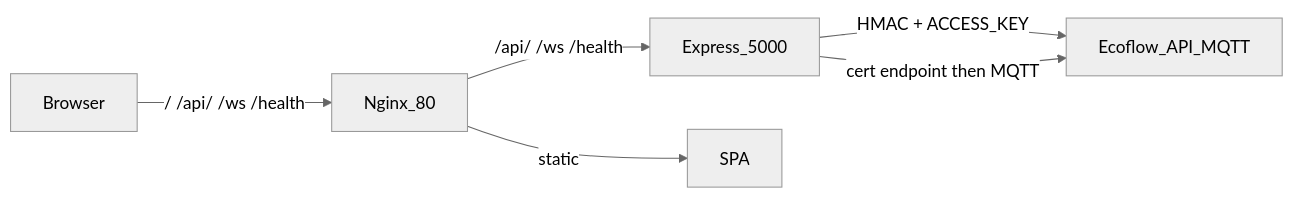
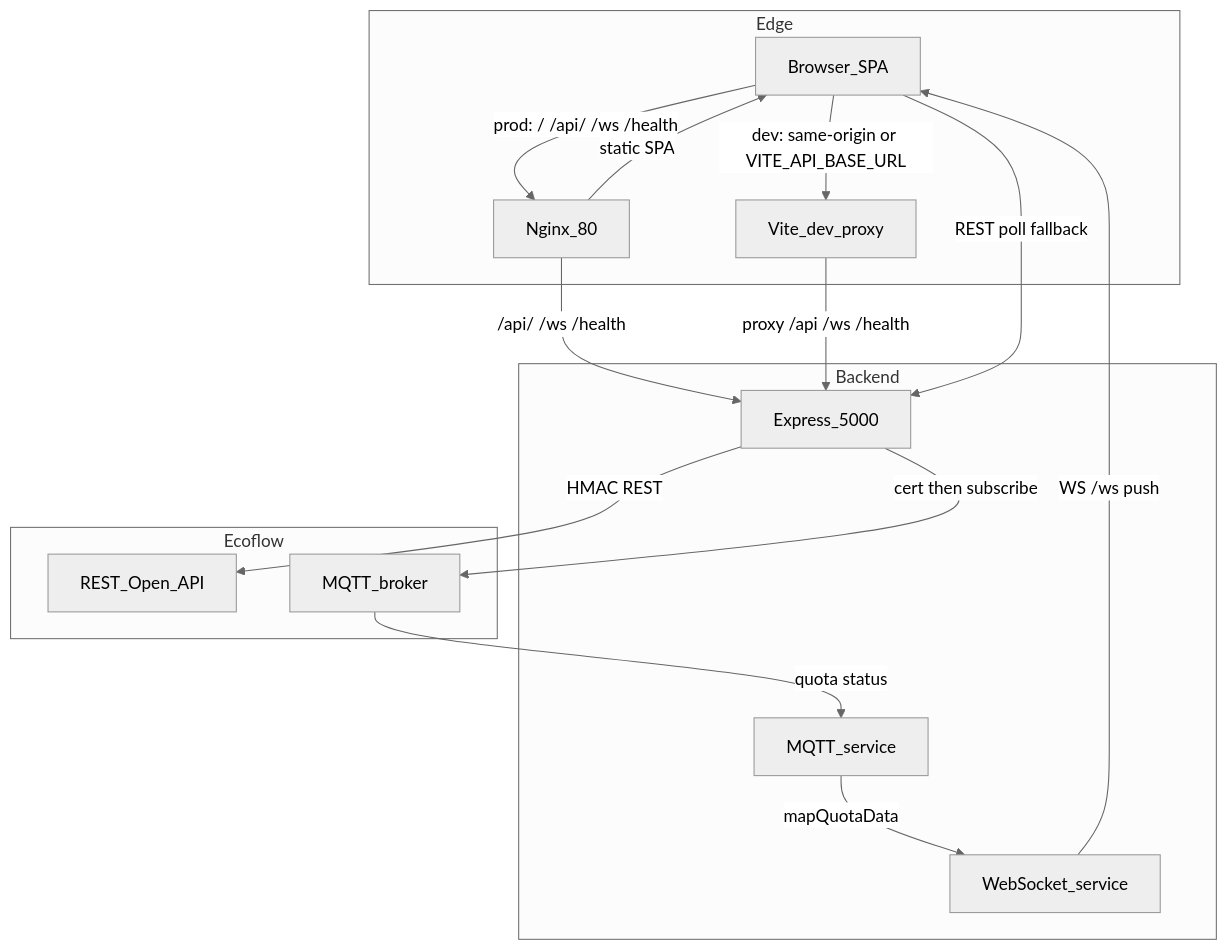
Before and after one commit to OSapozhnikov/ecoflow-dashboard: the first of 2 diagrams in ARCHITECTURE.md, drawn with Mermaid (neutral theme). The commit also changed other lines of this file and 9 other files, not shown here.

First line of the commit message:
Update architecture documentation and enhance project setup for Ecoflow Delta 3 Monitor.

````diff
--- a/ARCHITECTURE.md
+++ b/ARCHITECTURE.md
@@ -19,12 +22,32 @@
 ```mermaid
-flowchart LR
-  browser[Browser]
-  nginx[Nginx_80]
-  api[Express_5000]
-  eco[Ecoflow_API_MQTT]
-  browser -->|"/ /api/ /ws /health"| nginx
-  nginx -->|static| spa[SPA]
-  nginx -->|"/api/ /ws /health"| api
-  api -->|HMAC + ACCESS_KEY| eco
-  api -->|cert endpoint then MQTT| eco
+flowchart TD
+  subgraph edge [Edge]
+    browser[Browser_SPA]
+    nginx[Nginx_80]
+    vite[Vite_dev_proxy]
+  end
+
+  subgraph backend [Backend]
+    express[Express_5000]
+    mqttSvc[MQTT_service]
+    wsSvc[WebSocket_service]
+  end
+
+  subgraph ecoflow [Ecoflow]
+    restApi[REST_Open_API]
+    mqttBroker[MQTT_broker]
+  end
+
+  browser -->|"prod: / /api/ /ws /health"| nginx
+  browser -->|"dev: same-origin or VITE_API_BASE_URL"| vite
+  nginx -->|static SPA| browser
+  nginx -->|"/api/ /ws /health"| express
+  vite -->|"proxy /api /ws /health"| express
+
+  express -->|"HMAC REST"| restApi
+  express -->|"cert then subscribe"| mqttBroker
+  mqttBroker -->|quota status| mqttSvc
+  mqttSvc -->|mapQuotaData| wsSvc
+  wsSvc -->|"WS /ws push"| browser
+  browser -->|"REST poll fallback"| express
 ```
````
